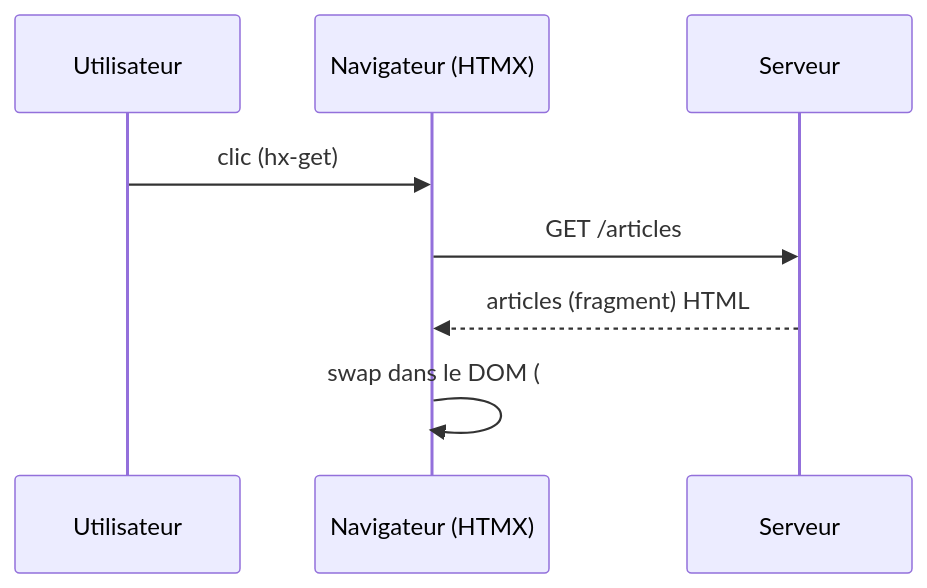
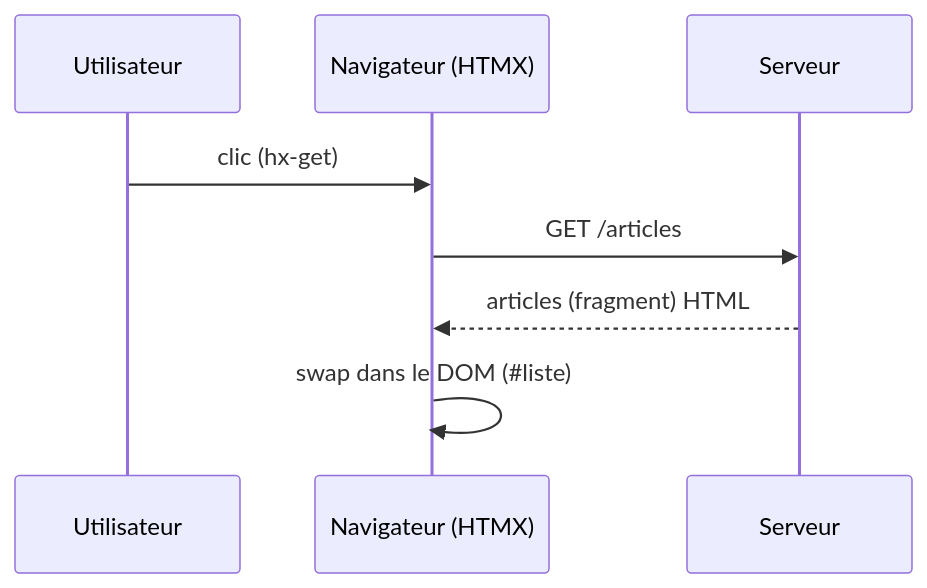
Before and after one commit to StephaneTrebel/htmx-de-maniere-simplix: the diagram in presentation/slides/15-htmx.md, drawn with Mermaid.

Commit message:
fix id in mermaidjs

````diff
--- a/presentation/slides/15-htmx.md
+++ b/presentation/slides/15-htmx.md
@@ -47,11 +47,11 @@
 ```mermaid
 sequenceDiagram
     participant U as Utilisateur
     participant N as Navigateur (HTMX)
     participant S as Serveur
 
     U->>N: clic (hx-get)
     N->>S: GET /articles
     S-->>N: articles (fragment) HTML
-    N->>N: swap dans le DOM (#liste)
+    N->>N: swap dans le DOM (#35;liste)
 ```
````
